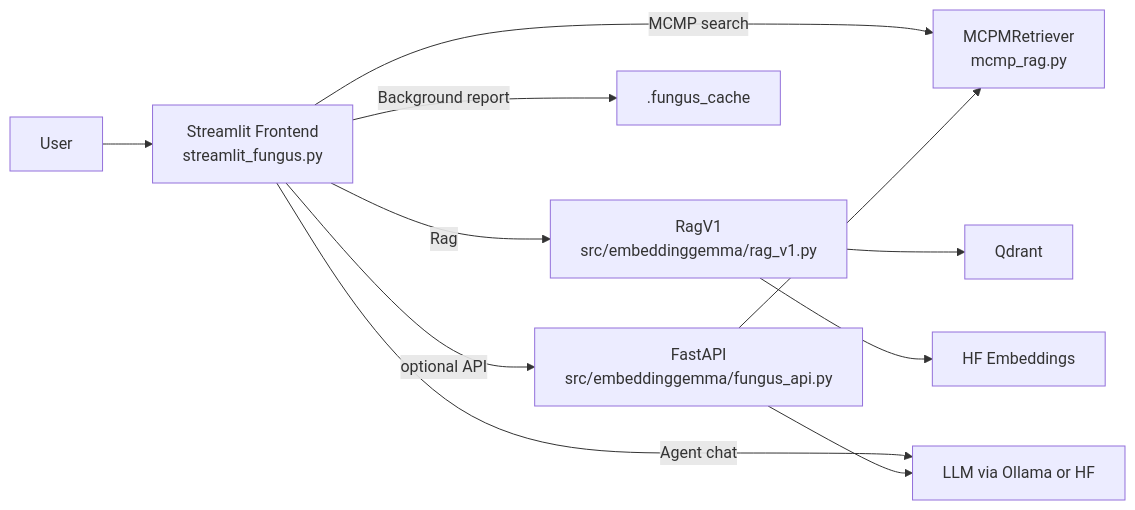
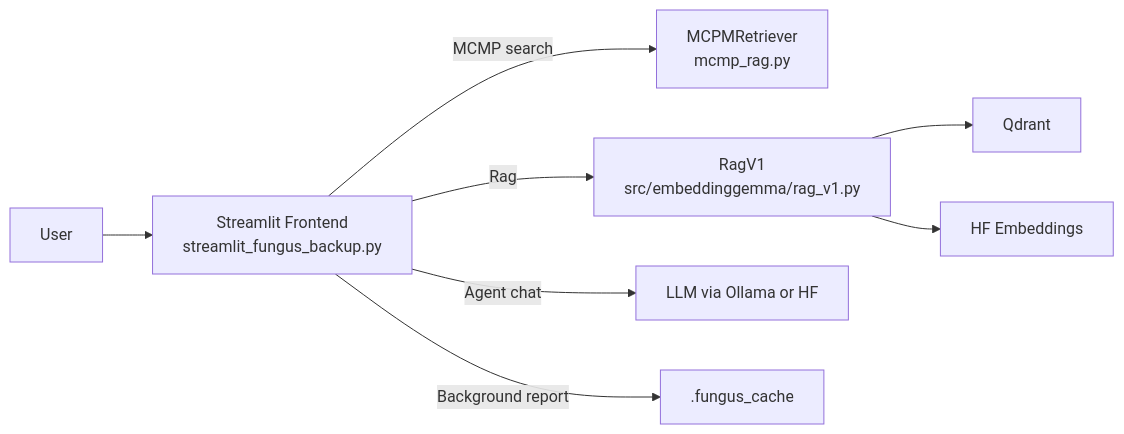
The first of 3 diagrams in docs/ARCHITECTURE.md (Flissel/la_fungus_search), drawn with Mermaid before and after one commit. The commit also changed other lines of this file and 47 other files, not shown here.

````diff
--- a/docs/ARCHITECTURE.md
+++ b/docs/ARCHITECTURE.md
@@ -4,13 +4,11 @@
 ```mermaid
 graph LR
-  user[User] --> UI[Streamlit Frontend<br/>streamlit_fungus.py]
+  user[User] --> UI[Streamlit Frontend<br/>streamlit_fungus_backup.py]
   UI -->|MCMP search| MCMP[MCPMRetriever<br/>mcmp_rag.py]
   UI -->|Rag| RAG[RagV1<br/>src/embeddinggemma/rag_v1.py]
   RAG --> Qdrant[Qdrant]
   RAG --> HF[HF Embeddings]
   UI -->|Agent chat| LLM[LLM via Ollama or HF]
   UI -->|Background report| Cache[.fungus_cache]
-  UI -->|optional API| API[FastAPI<br/>src/embeddinggemma/fungus_api.py]
-  API --> MCMP
-  API --> LLM
+  %% FastAPI API removed
 ```
````
